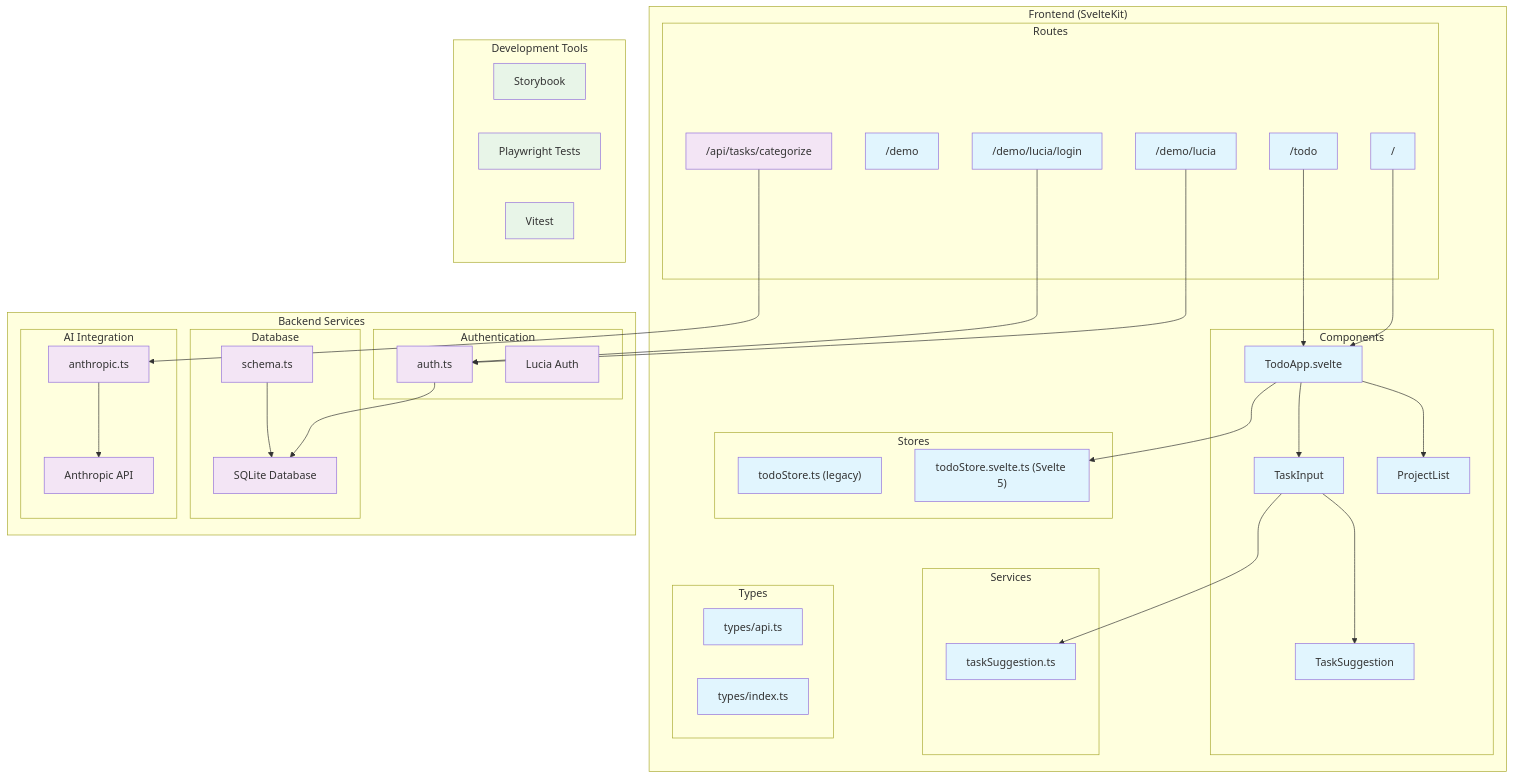
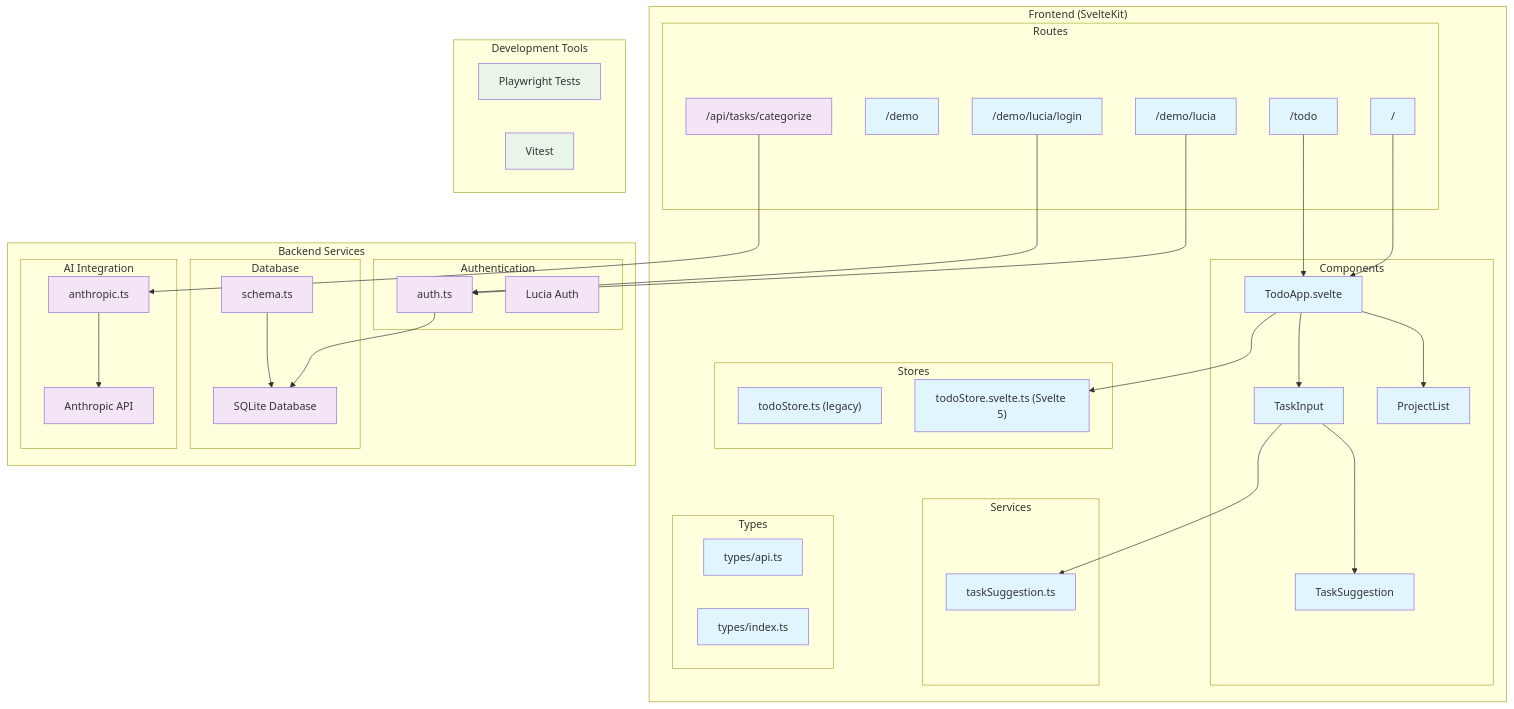
The first of 5 diagrams in docs/app-structure-diagram.md (m1981/clippio), drawn with Mermaid before and after one commit. The commit also changed other lines of this file and 40 other files, not shown here.

````diff
--- a/docs/app-structure-diagram.md
+++ b/docs/app-structure-diagram.md
@@ -5,81 +5,80 @@
 ```mermaid
 graph TB
     subgraph "Frontend (SvelteKit)"
         subgraph "Routes"
             ROOT["/"]
             DEMO["/demo"]
             TODO["/todo"]
             LUCIA_DEMO["/demo/lucia"]
             LUCIA_LOGIN["/demo/lucia/login"]
             API_CATEGORIZE["/api/tasks/categorize"]
         end
-        
+
         subgraph "Components"
             TODOAPP["TodoApp.svelte"]
             TASKINPUT["TaskInput"]
             PROJECTLIST["ProjectList"]
             TASKSUGGESTION["TaskSuggestion"]
         end
-        
+
         subgraph "Stores"
             TODOSTORE_OLD["todoStore.ts (legacy)"]
             TODOSTORE_NEW["todoStore.svelte.ts (Svelte 5)"]
         end
-        
+
         subgraph "Services"
             TASK_SERVICE["taskSuggestion.ts"]
         end
-        
+
         subgraph "Types"
             API_TYPES["types/api.ts"]
             INDEX_TYPES["types/index.ts"]
         end
     end
-    
+
     subgraph "Backend Services"
         subgraph "Database"
             DB["SQLite Database"]
             SCHEMA["schema.ts"]
         end
-        
+
         subgraph "Authentication"
             AUTH["auth.ts"]
             LUCIA["Lucia Auth"]
         end
-        
+
         subgraph "AI Integration"
             ANTHROPIC["anthropic.ts"]
             AI_API["Anthropic API"]
         end
     end
-    
+
     subgraph "Development Tools"
-        STORYBOOK["Storybook"]
         PLAYWRIGHT["Playwright Tests"]
         VITEST["Vitest"]
     end
-    
+
     %% Connections
     ROOT --> TODOAPP
     TODO --> TODOAPP
     TODOAPP --> TASKINPUT
     TODOAPP --> PROJECTLIST
     TASKINPUT --> TASKSUGGESTION
     TODOAPP --> TODOSTORE_NEW
     TASKINPUT --> TASK_SERVICE
     API_CATEGORIZE --> ANTHROPIC
     ANTHROPIC --> AI_API
     LUCIA_DEMO --> AUTH
     LUCIA_LOGIN --> AUTH
     AUTH --> DB
     SCHEMA --> DB
-    
+
     %% Styling
     classDef frontend fill:#e1f5fe
     classDef backend fill:#f3e5f5
     classDef tools fill:#e8f5e8
-    
+
     class ROOT,DEMO,TODO,LUCIA_DEMO,LUCIA_LOGIN,TODOAPP,TASKINPUT,PROJECTLIST,TASKSUGGESTION,TODOSTORE_OLD,TODOSTORE_NEW,TASK_SERVICE,API_TYPES,INDEX_TYPES frontend
     class DB,SCHEMA,AUTH,LUCIA,ANTHROPIC,AI_API,API_CATEGORIZE backend
     class STORYBOOK,PLAYWRIGHT,VITEST tools
 ```
````
